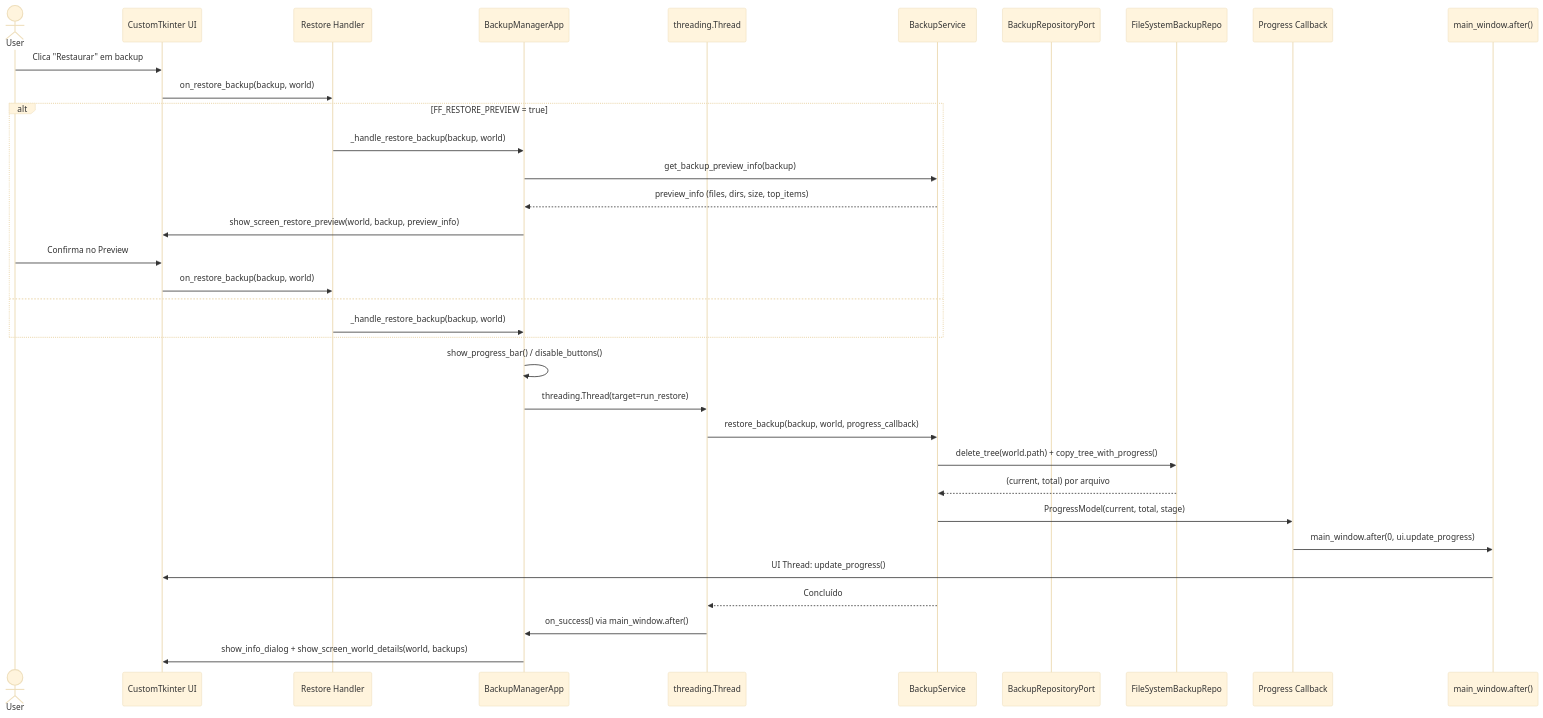
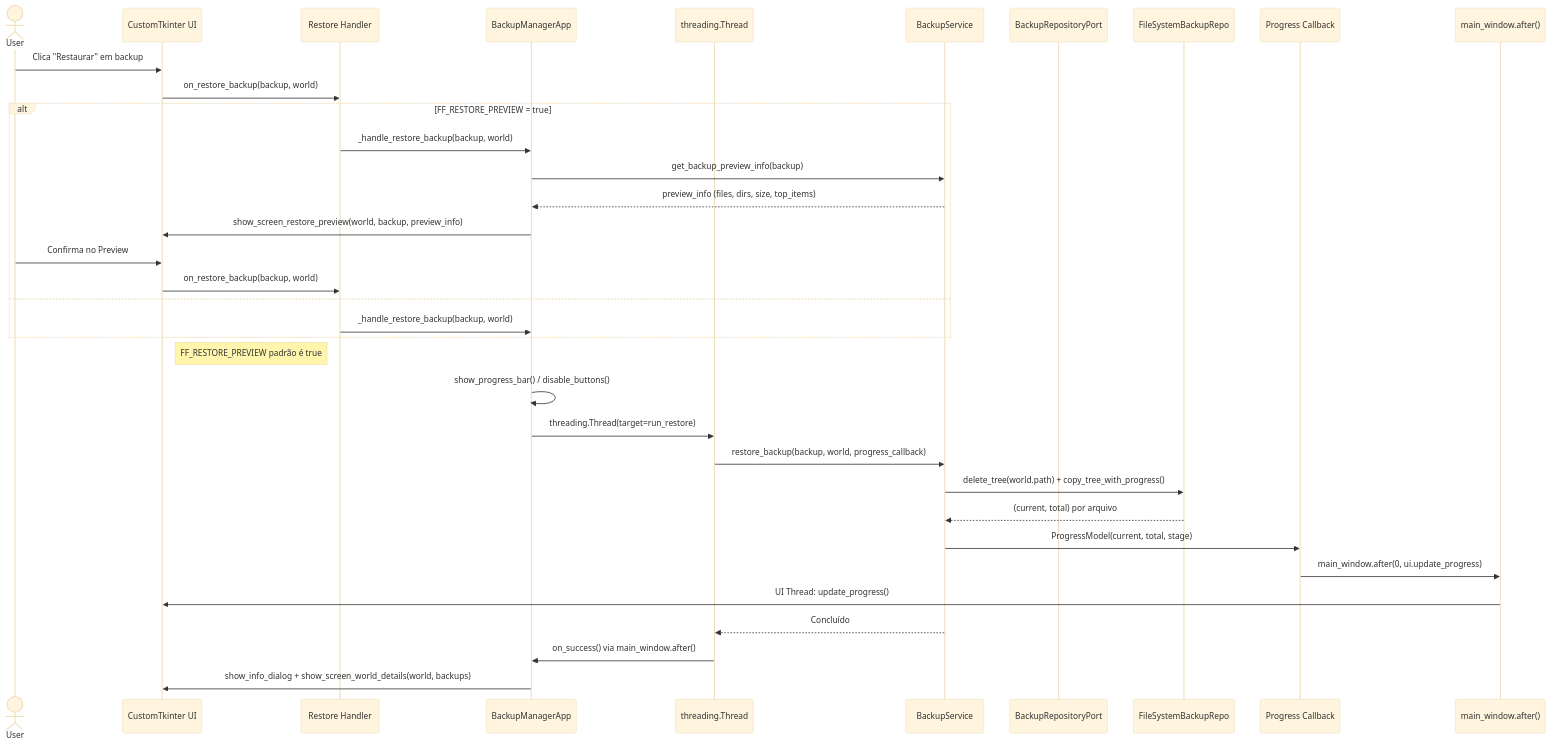
The third of 6 diagrams in docs/architecture/request-flow.md (DandanLeinad/minecraft-bedrock-backup-manager), drawn with Mermaid (base theme) before and after one commit. The commit also changed other lines of this file and 2 other files, not shown here.

First line of the commit message:
docs: fix architecture nav, icons, and feature flags

````diff
--- a/docs/architecture/request-flow.md
+++ b/docs/architecture/request-flow.md
@@ -118,39 +118,41 @@
 ```mermaid
 sequenceDiagram
     actor U as User
     participant UI as CustomTkinter UI
     participant H as Restore Handler
     participant A as BackupManagerApp
     participant TH as threading.Thread
     participant BS as BackupService
     participant BR as BackupRepositoryPort
     participant FR as FileSystemBackupRepo
     participant PC as Progress Callback
     participant MW as main_window.after()
 
     U->>UI: Clica "Restaurar" em backup
     UI->>H: on_restore_backup(backup, world)
 
     alt FF_RESTORE_PREVIEW = true
         H->>A: _handle_restore_backup(backup, world)
         A->>BS: get_backup_preview_info(backup)
         BS-->>A: preview_info (files, dirs, size, top_items)
         A->>UI: show_screen_restore_preview(world, backup, preview_info)
         U->>UI: Confirma no Preview
         UI->>H: on_restore_backup(backup, world)
     else
         H->>A: _handle_restore_backup(backup, world)
     end
 
+    Note right of UI: FF_RESTORE_PREVIEW padrão é true
+
     A->>A: show_progress_bar() / disable_buttons()
     A->>TH: threading.Thread(target=run_restore)
     TH->>BS: restore_backup(backup, world, progress_callback)
     BS->>FR: delete_tree(world.path) + copy_tree_with_progress()
     FR-->>BS: (current, total) por arquivo
     BS->>PC: ProgressModel(current, total, stage)
     PC->>MW: main_window.after(0, ui.update_progress)
     MW->>UI: UI Thread: update_progress()
     BS-->>TH: Concluído
     TH->>A: on_success() via main_window.after()
     A->>UI: show_info_dialog + show_screen_world_details(world, backups)
 ```
````
